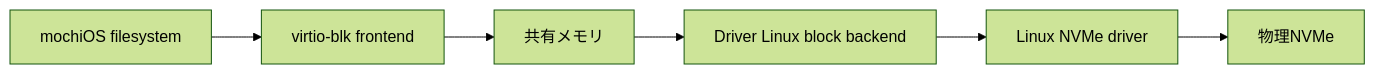
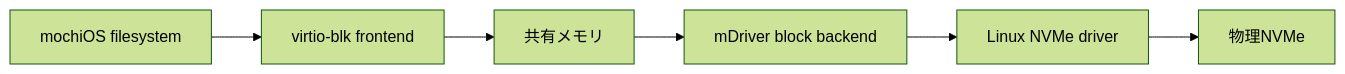
The fourth of 9 diagrams in docs/mboot/about.md (mochiOS/mochiOS), drawn with Mermaid (forest theme) before and after one commit. The commit also changed other lines of this file and 1 other file, not shown here.

Commit message:
Integrate the mDriver workspace build

````diff
--- a/docs/mboot/about.md
+++ b/docs/mboot/about.md
@@ -190,8 +190,8 @@
 ```mermaid
 flowchart LR
     fs[mochiOS filesystem] --> frontend[virtio-blk frontend]
     frontend --> shared[共有メモリ]
-    shared --> backend[Driver Linux block backend]
+    shared --> backend[mDriver block backend]
     backend --> driver[Linux NVMe driver]
     driver --> nvme[物理NVMe]
 ```
````
